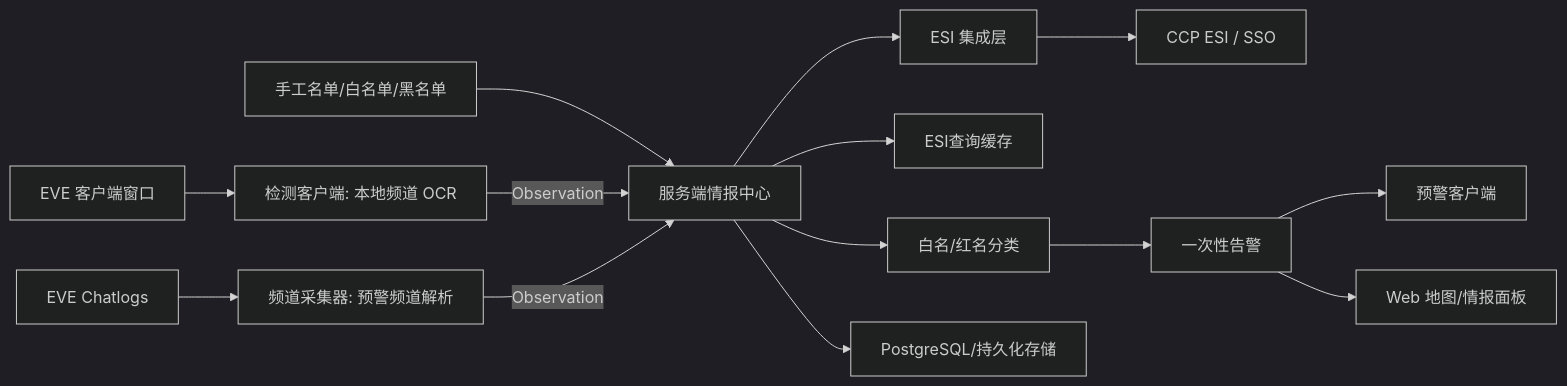
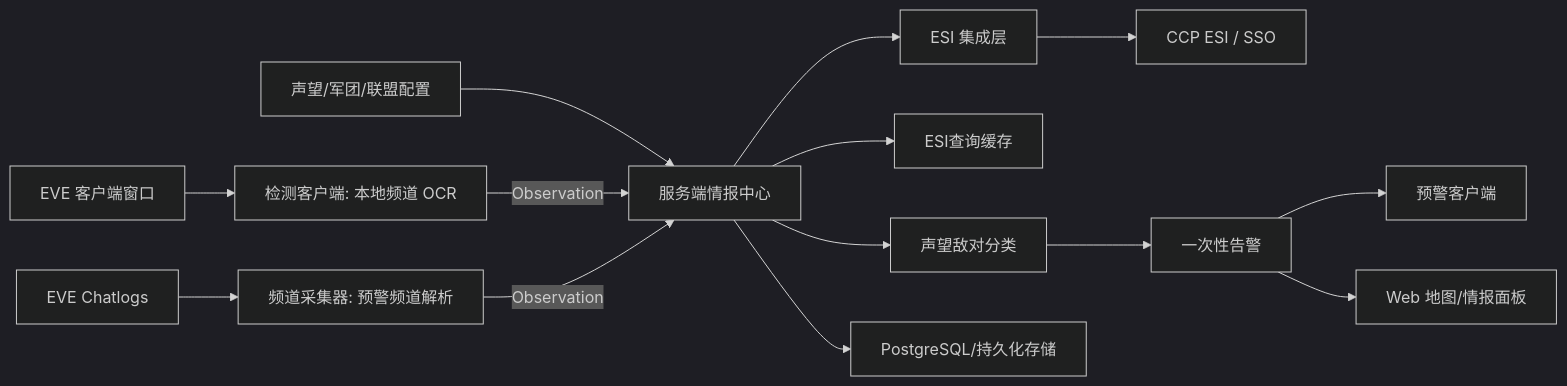
One commit to xiaqijun/eve-sentry changed the diagram in docs/intel-platform-architecture.md. Above: the diagram before and after it, drawn with Mermaid (dark theme). The commit also changed other lines of this file and 9 other files, not shown here.

````diff
--- a/docs/intel-platform-architecture.md
+++ b/docs/intel-platform-architecture.md
@@ -49,19 +49,19 @@
 ```mermaid
 flowchart LR
     EVE["EVE 客户端窗口"] --> OCR["检测客户端: 本地频道 OCR"]
     LOGS["EVE Chatlogs"] --> CHAT["频道采集器: 预警频道解析"]
-    USER["手工名单/白名单/黑名单"] --> SERVER["服务端情报中心"]
+    USER["声望/军团/联盟配置"] --> SERVER["服务端情报中心"]
 
     OCR -->|Observation| SERVER
     CHAT -->|Observation| SERVER
 
     SERVER --> ESI["ESI 集成层"]
     ESI --> CCP["CCP ESI / SSO"]
 
     SERVER --> LOOKUP["ESI查询缓存"]
-    SERVER --> CLASSIFY["白名/红名分类"]
+    SERVER --> CLASSIFY["声望敌对分类"]
     CLASSIFY --> ALERTS["一次性告警"]
     ALERTS --> ALERTER["预警客户端"]
     ALERTS --> WEB["Web 地图/情报面板"]
     SERVER --> DB["PostgreSQL/持久化存储"]
 ```
````
